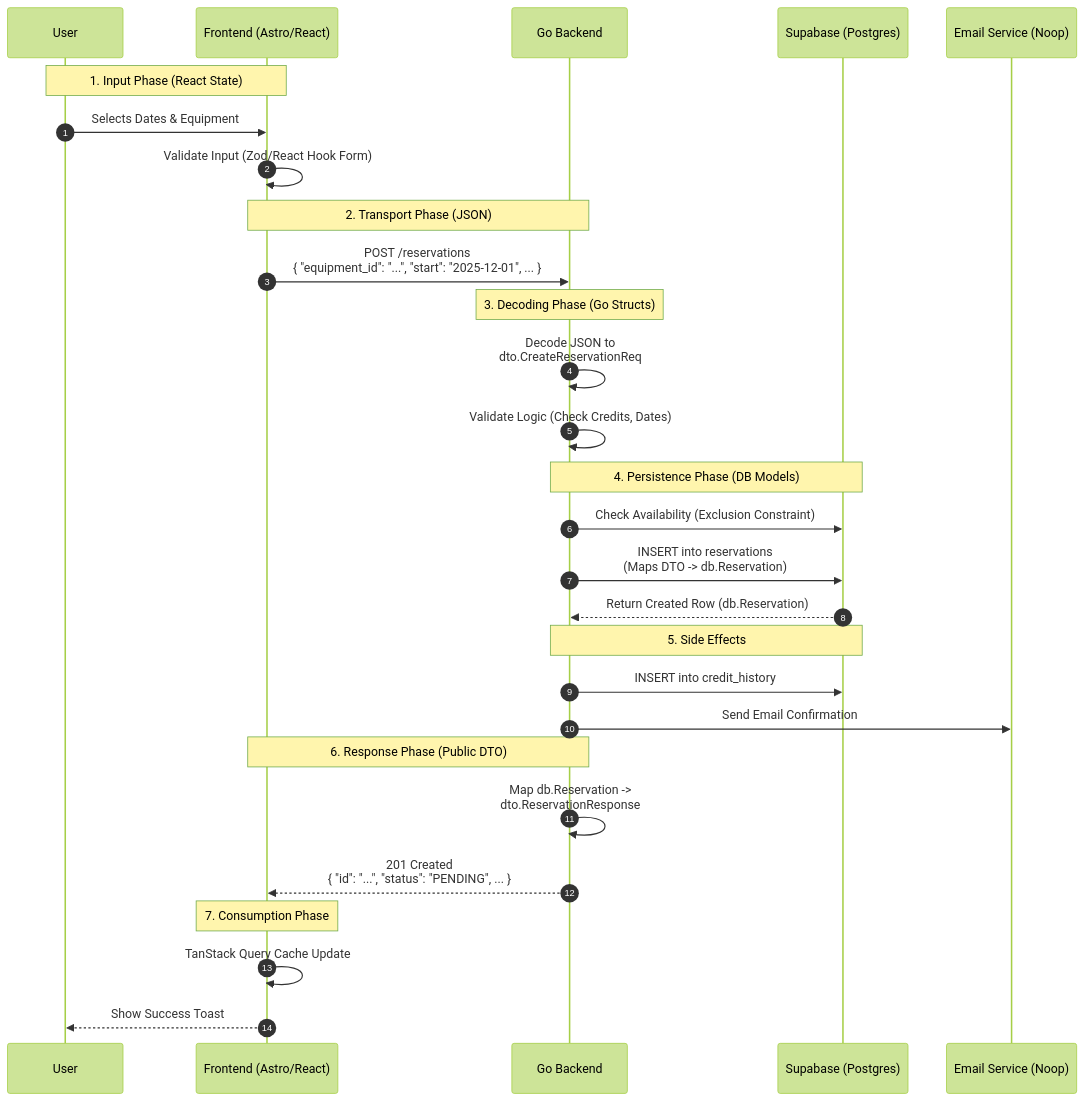
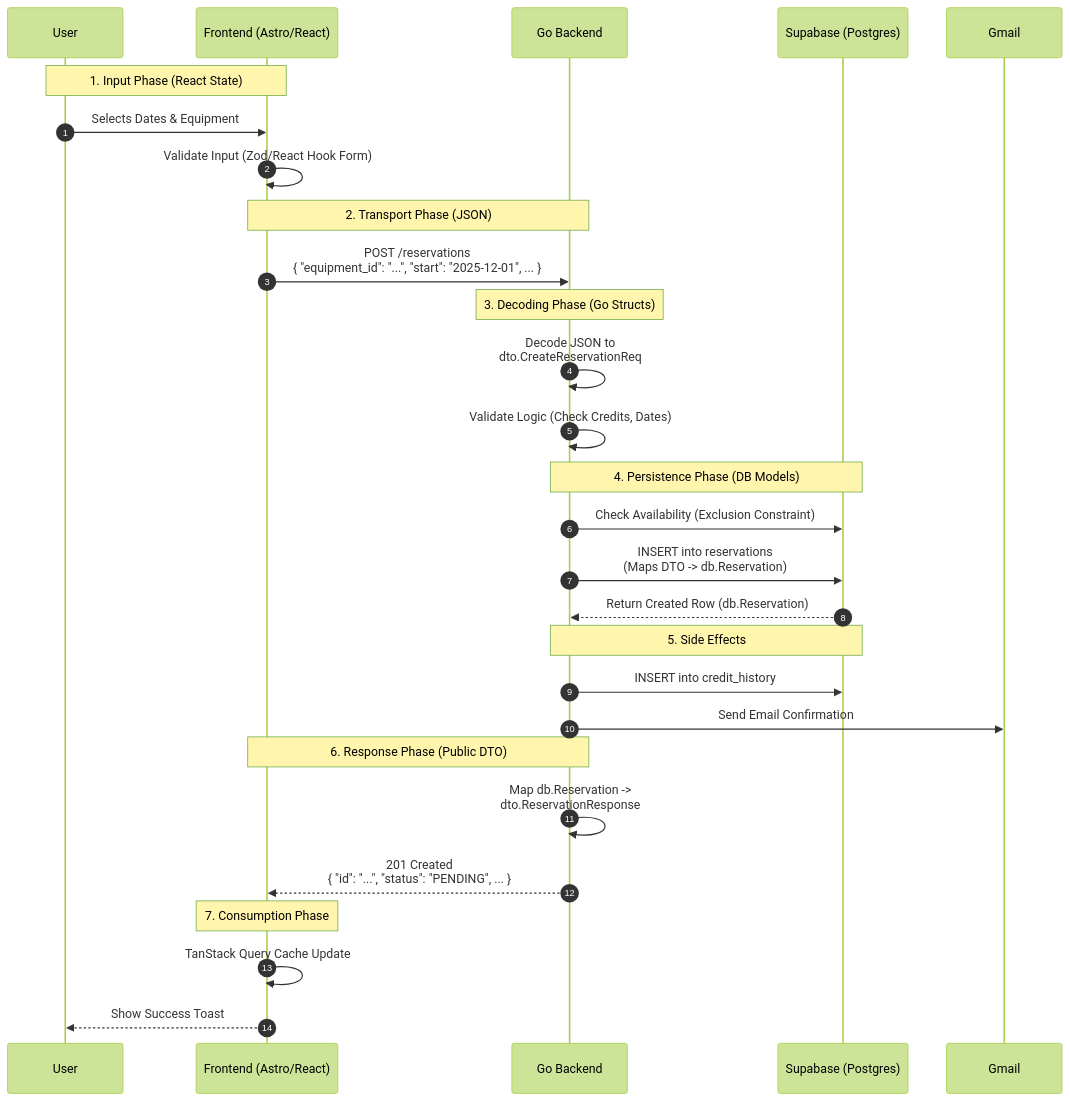
One commit to AKTK-Bystrze/Magazyn changed the diagram in documentation/flows/reservation-request-flow.md. Above: the diagram before and after it, drawn with Mermaid (forest theme). The commit also changed other lines of this file and 183 other files, not shown here.

````diff
--- a/documentation/flows/reservation-request-flow.md
+++ b/documentation/flows/reservation-request-flow.md
@@ -5,37 +5,37 @@
 ```mermaid
 sequenceDiagram
     autonumber
     participant U as User
     participant FE as Frontend (Astro/React)
     participant GO as Go Backend
     participant DB as Supabase (Postgres)
-    participant Email as Email Service (Noop)
+    participant SMTP as Gmail
 
     Note over U, FE: 1. Input Phase (React State)
     U->>FE: Selects Dates & Equipment
     FE->>FE: Validate Input (Zod/React Hook Form)
 
     Note over FE, GO: 2. Transport Phase (JSON)
     FE->>GO: POST /reservations <br/>{ "equipment_id": "...", "start": "2025-12-01", ... }
 
     Note over GO: 3. Decoding Phase (Go Structs)
     GO->>GO: Decode JSON to <br/>dto.CreateReservationReq
     GO->>GO: Validate Logic (Check Credits, Dates)
 
     Note over GO, DB: 4. Persistence Phase (DB Models)
     GO->>DB: Check Availability (Exclusion Constraint)
     GO->>DB: INSERT into reservations <br/>(Maps DTO -> db.Reservation)
     DB-->>GO: Return Created Row (db.Reservation)
 
     Note over GO, DB: 5. Side Effects
     GO->>DB: INSERT into credit_history
-    GO->>Email: Send Email Confirmation
+    GO->>SMTP: Send Email Confirmation
 
     Note over GO, FE: 6. Response Phase (Public DTO)
     GO->>GO: Map db.Reservation -> <br/>dto.ReservationResponse
     GO-->>FE: 201 Created <br/>{ "id": "...", "status": "PENDING", ... }
 
     Note over FE: 7. Consumption Phase
     FE->>FE: TanStack Query Cache Update
     FE-->>U: Show Success Toast
 ```
````
